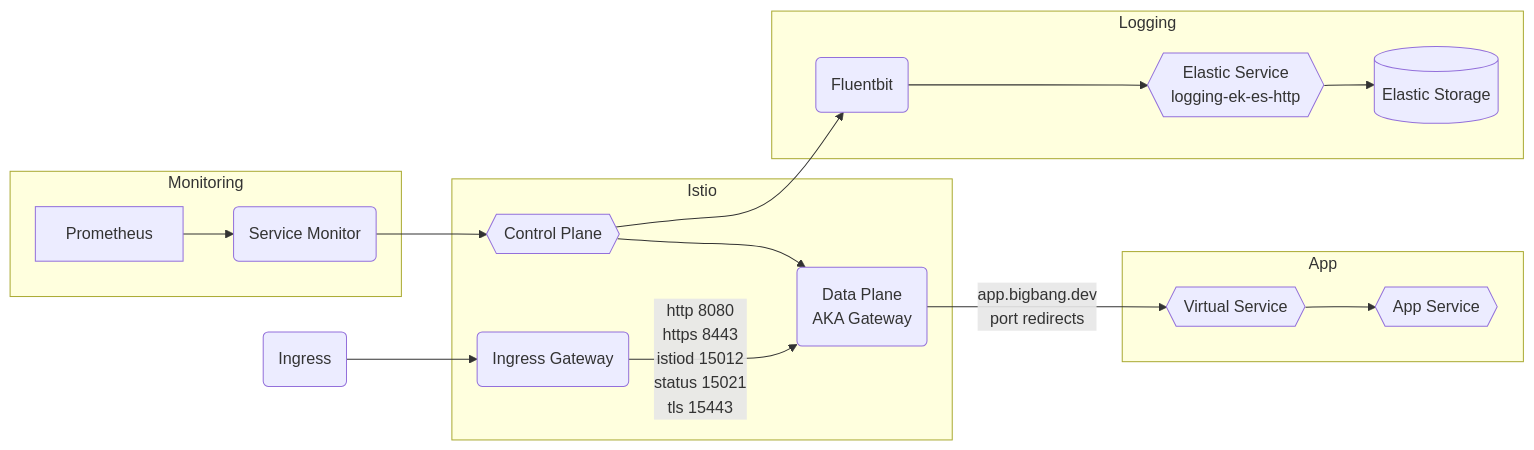
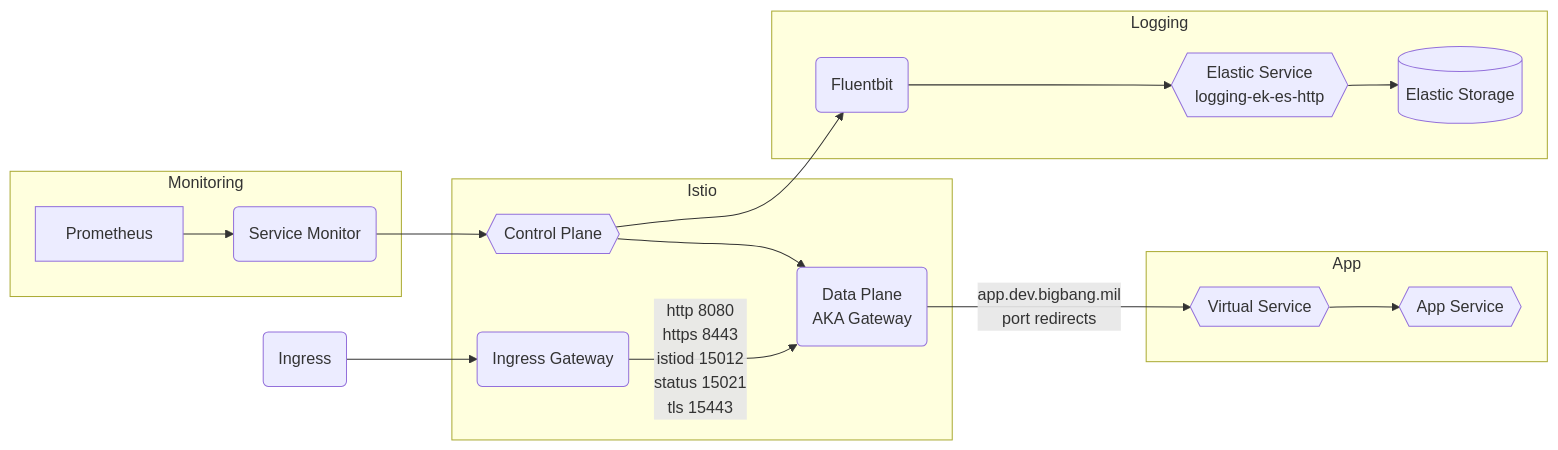
Before and after one commit to shebashio/bigbang: the diagram in docs/packages/core/istio.md, drawn with Mermaid. The commit also changed 15 other files, not shown here.

Commit message:
replace references to bigbang.dev with dev.bigbang.mil

````diff
--- a/docs/packages/core/istio.md
+++ b/docs/packages/core/istio.md
@@ -8,24 +8,24 @@
 ```mermaid
 graph LR
   subgraph "Istio"
     dataplane("Data Plane<br/>AKA Gateway") 
     controlplane{{"Control Plane"}} --> dataplane
     igw("Ingress Gateway") --"http 8080<br/>https 8443<br/>istiod 15012<br/>status 15021<br/>tls 15443"--> dataplane
   end      
 
   ig("Ingress") --> igw
 
   subgraph "Monitoring"
     svcmonitor("Service Monitor") --> controlplane
     Prometheus --> svcmonitor("Service Monitor")
   end
   
   subgraph "App"
-    dataplane --"app.bigbang.dev"<br/>port redirects--> appvs{{"Virtual Service"}} --> appsvc{{"App Service"}}
+    dataplane --"app.dev.bigbang.mil"<br/>port redirects--> appvs{{"Virtual Service"}} --> appsvc{{"App Service"}}
   end
 
   subgraph "Logging"
     controlplane --> fluent(Fluentbit) --> logging-ek-es-http
     logging-ek-es-http{{Elastic Service<br />logging-ek-es-http}} --> elastic[(Elastic Storage)]
   end
 ```
````
